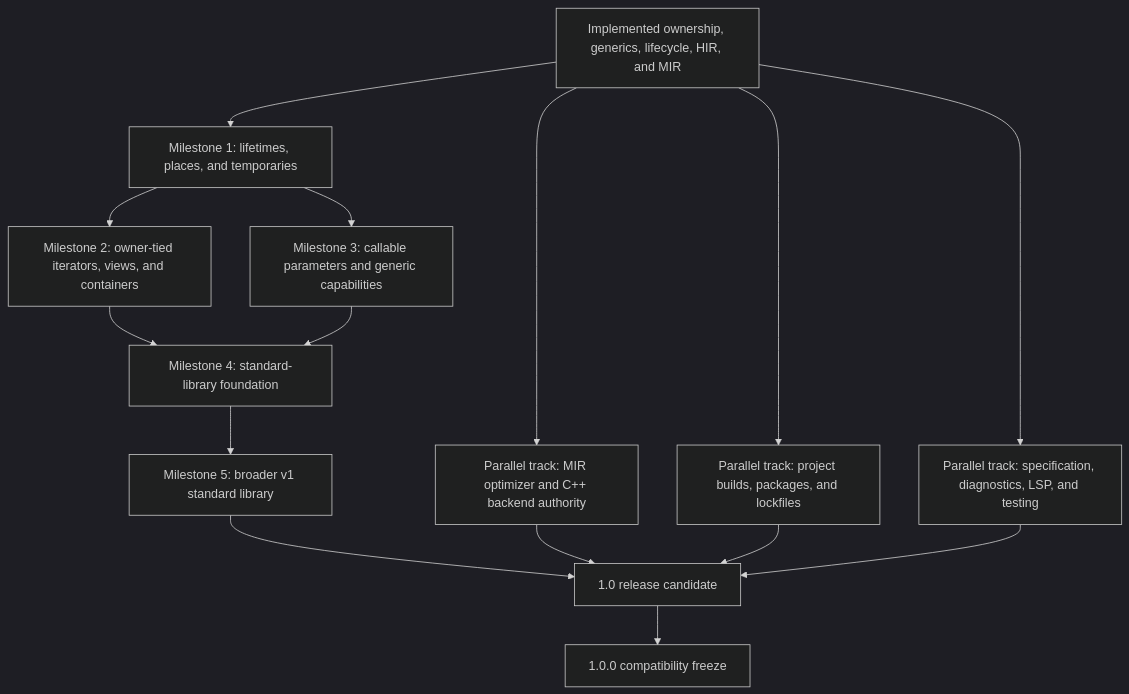
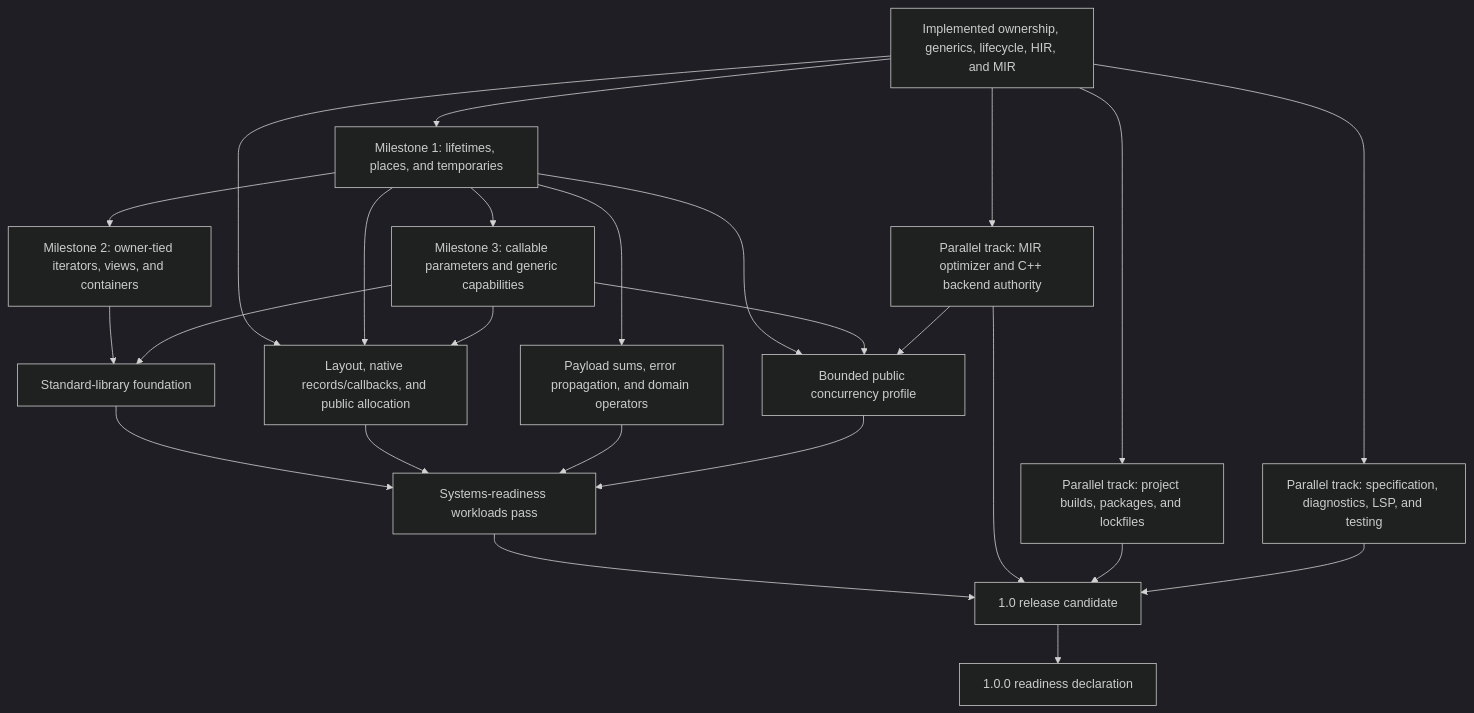
The diagram in docs/plans/roadmap-to-1.0.md (LukeHHA/gti), drawn with Mermaid (dark theme) before and after one commit. The commit also changed other lines of this file and 17 other files, not shown here.

Commit message:
docs: prioritize outcome-first systems readiness

````diff
--- a/docs/plans/roadmap-to-1.0.md
+++ b/docs/plans/roadmap-to-1.0.md
@@ -114,19 +157,31 @@
 ```mermaid
 flowchart TD
   A["Implemented ownership, generics, lifecycle, HIR, and MIR"] --> B["Milestone 1: lifetimes, places, and temporaries"]
   B --> C["Milestone 2: owner-tied iterators, views, and containers"]
   B --> D["Milestone 3: callable parameters and generic capabilities"]
-  C --> E["Milestone 4: standard-library foundation"]
+  C --> E["Standard-library foundation"]
   D --> E
-  E --> F["Milestone 5: broader v1 standard library"]
+
+  A --> S["Layout, native records/callbacks, and public allocation"]
+  B --> S
+  D --> S
+  B --> L["Payload sums, error propagation, and domain operators"]
+  B --> Q["Bounded public concurrency profile"]
+  D --> Q
+
+  E --> F["Systems-readiness workloads pass"]
+  S --> F
+  L --> F
+  Q --> F
 
   A --> G["Parallel track: MIR optimizer and C++ backend authority"]
   A --> H["Parallel track: project builds, packages, and lockfiles"]
   A --> I["Parallel track: specification, diagnostics, LSP, and testing"]
+  G --> Q
 
   F --> J["1.0 release candidate"]
   G --> J
   H --> J
   I --> J
-  J --> K["1.0.0 compatibility freeze"]
+  J --> K["1.0.0 readiness declaration"]
 ```
````
